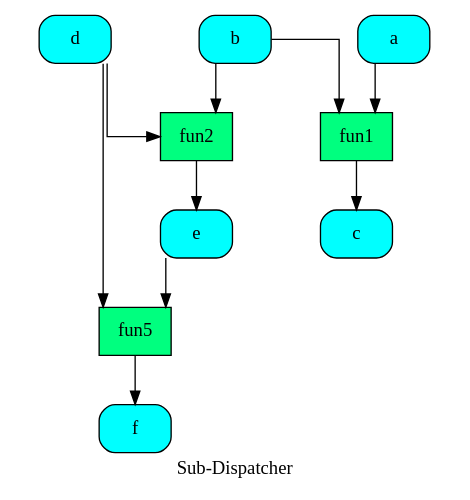
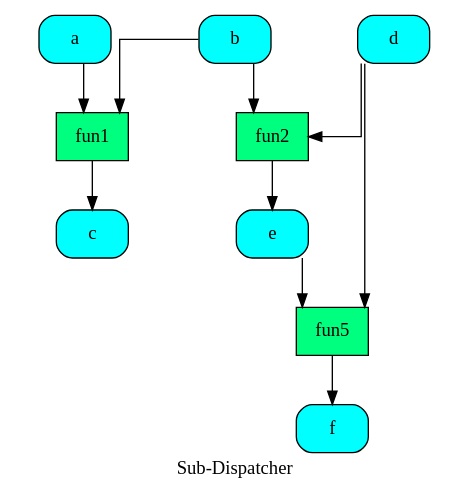
The diagram in doc/dispatcher/__init__/shrink_dsp/shrink_dsp.dot (vinci1it2000/schedula), drawn with Graphviz before and after one commit. The commit also changed 27 other files, not shown here.

```diff
--- a/doc/dispatcher/__init__/shrink_dsp/shrink_dsp.dot
+++ b/doc/dispatcher/__init__/shrink_dsp/shrink_dsp.dot
@@ -1,24 +1,24 @@
 digraph "Sub-Dispatcher" {
 	graph [ratio=1]
 	node [style=filled]
 	label = "Sub-Dispatcher"
 	splines = ortho
-		"Sub-Dispatcher_2454507358469954929" [label="{ d  }" fillcolor=cyan shape=Mrecord]
-		"Sub-Dispatcher_2280363104014426707" [label="{ fun2  }" fillcolor=springgreen shape=record]
-		"Sub-Dispatcher_6185816497042703556" [label="{ b  }" fillcolor=cyan shape=Mrecord]
-		"Sub-Dispatcher_-623183564480841321" [label="{ e  }" fillcolor=cyan shape=Mrecord]
-		"Sub-Dispatcher_-6053996528196385240" [label="{ c  }" fillcolor=cyan shape=Mrecord]
-		"Sub-Dispatcher_7981130265196280892" [label="{ f  }" fillcolor=cyan shape=Mrecord]
-		"Sub-Dispatcher_2203997267912285163" [label="{ a  }" fillcolor=cyan shape=Mrecord]
-		"Sub-Dispatcher_80253505391582396" [label="{ fun5  }" fillcolor=springgreen shape=record]
-		"Sub-Dispatcher_688017470148481981" [label="{ fun1  }" fillcolor=springgreen shape=record]
-			"Sub-Dispatcher_2454507358469954929" -> "Sub-Dispatcher_2280363104014426707"
-			"Sub-Dispatcher_2454507358469954929" -> "Sub-Dispatcher_80253505391582396"
-			"Sub-Dispatcher_2280363104014426707" -> "Sub-Dispatcher_-623183564480841321"
-			"Sub-Dispatcher_6185816497042703556" -> "Sub-Dispatcher_2280363104014426707"
-			"Sub-Dispatcher_6185816497042703556" -> "Sub-Dispatcher_688017470148481981"
-			"Sub-Dispatcher_-623183564480841321" -> "Sub-Dispatcher_80253505391582396"
-			"Sub-Dispatcher_2203997267912285163" -> "Sub-Dispatcher_688017470148481981"
-			"Sub-Dispatcher_80253505391582396" -> "Sub-Dispatcher_7981130265196280892"
-			"Sub-Dispatcher_688017470148481981" -> "Sub-Dispatcher_-6053996528196385240"
+		"Sub-Dispatcher_483858525469303520" [label="{ a  }" fillcolor=cyan shape=Mrecord]
+		"Sub-Dispatcher_-4481680193965843537" [label="{ d  }" fillcolor=cyan shape=Mrecord]
+		"Sub-Dispatcher_-4433713008490376746" [label="{ fun5  }" fillcolor=springgreen shape=record]
+		"Sub-Dispatcher_-8490501165579404505" [label="{ b  }" fillcolor=cyan shape=Mrecord]
+		"Sub-Dispatcher_2483061293966101162" [label="{ c  }" fillcolor=cyan shape=Mrecord]
+		"Sub-Dispatcher_-2444876131868221513" [label="{ e  }" fillcolor=cyan shape=Mrecord]
+		"Sub-Dispatcher_3051764158936598764" [label="{ f  }" fillcolor=cyan shape=Mrecord]
+		"Sub-Dispatcher_8780722260480619695" [label="{ fun2  }" fillcolor=springgreen shape=record]
+		"Sub-Dispatcher_7097492771640920463" [label="{ fun1  }" fillcolor=springgreen shape=record]
+			"Sub-Dispatcher_483858525469303520" -> "Sub-Dispatcher_7097492771640920463"
+			"Sub-Dispatcher_-4481680193965843537" -> "Sub-Dispatcher_-4433713008490376746"
+			"Sub-Dispatcher_-4481680193965843537" -> "Sub-Dispatcher_8780722260480619695"
+			"Sub-Dispatcher_-4433713008490376746" -> "Sub-Dispatcher_3051764158936598764"
+			"Sub-Dispatcher_-8490501165579404505" -> "Sub-Dispatcher_8780722260480619695"
+			"Sub-Dispatcher_-8490501165579404505" -> "Sub-Dispatcher_7097492771640920463"
+			"Sub-Dispatcher_-2444876131868221513" -> "Sub-Dispatcher_-4433713008490376746"
+			"Sub-Dispatcher_8780722260480619695" -> "Sub-Dispatcher_-2444876131868221513"
+			"Sub-Dispatcher_7097492771640920463" -> "Sub-Dispatcher_2483061293966101162"
 }
```
